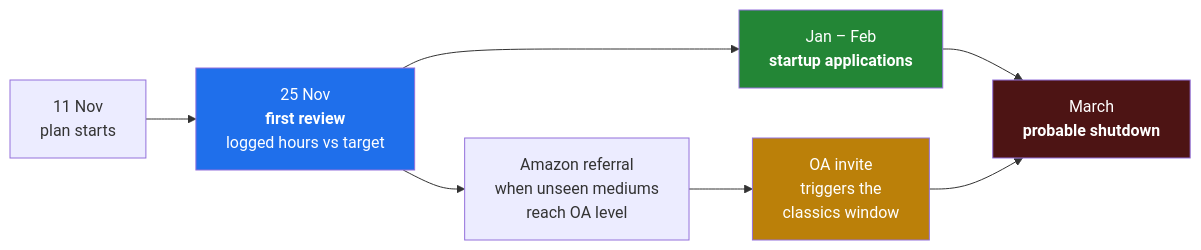
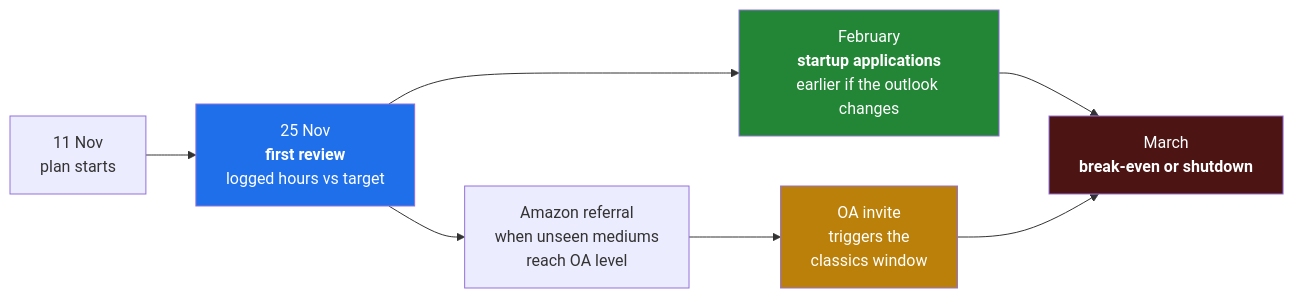
Before and after one commit to Dummy-Bug/system-design-handbook: the first of 2 diagrams in Current-Standing/12-Plan-Nov-2026.md, drawn with Mermaid. The commit also changed other lines of this file and 7 other files, not shown here.

````diff
--- a/Current-Standing/12-Plan-Nov-2026.md
+++ b/Current-Standing/12-Plan-Nov-2026.md
@@ -31,13 +31,13 @@
 ```mermaid
 flowchart LR
     A["11 Nov<br/>plan starts"] --> B["25 Nov<br/><b>first review</b><br/>logged hours vs target"]
     B --> C["Amazon referral<br/>when unseen mediums<br/>reach OA level"]
-    B --> D["Jan – Feb<br/><b>startup applications</b>"]
+    B --> D["February<br/><b>startup applications</b><br/>earlier if the outlook changes"]
     C --> E["OA invite<br/>triggers the<br/>classics window"]
-    D --> F["March<br/><b>probable shutdown</b>"]
+    D --> F["March<br/><b>break-even or shutdown</b>"]
     E --> F
     style B fill:#1f6feb,color:#fff
     style D fill:#238636,color:#fff
     style F fill:#4d1414,color:#fff
     style E fill:#bb8009,color:#fff
 ```
````
